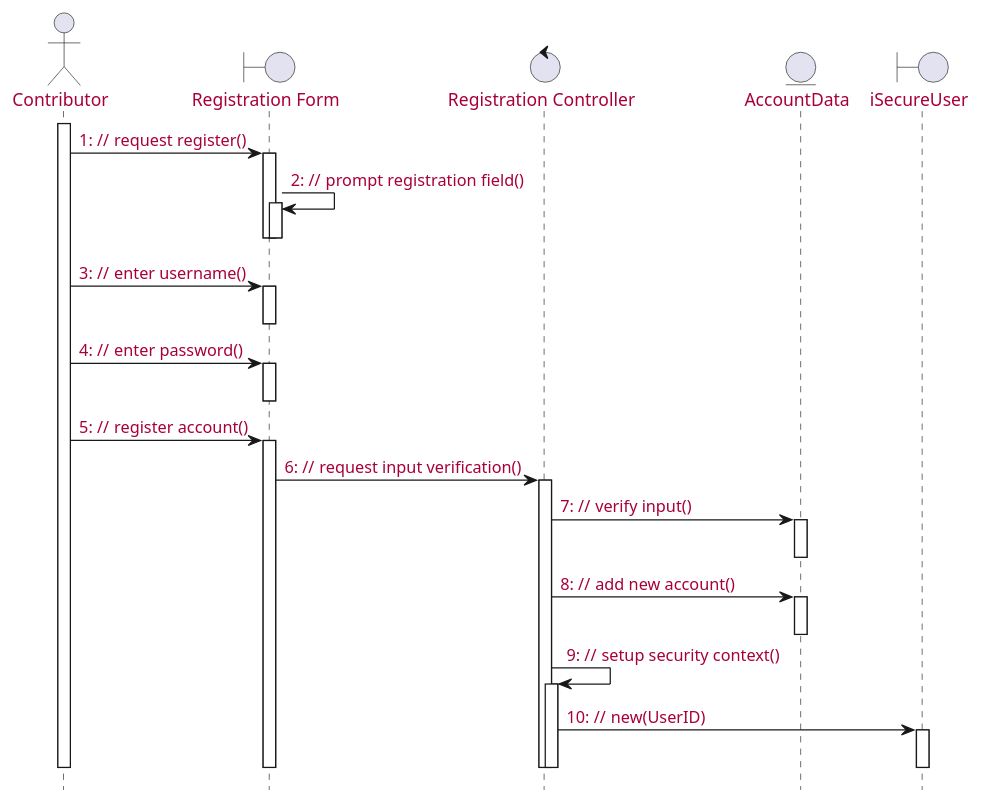
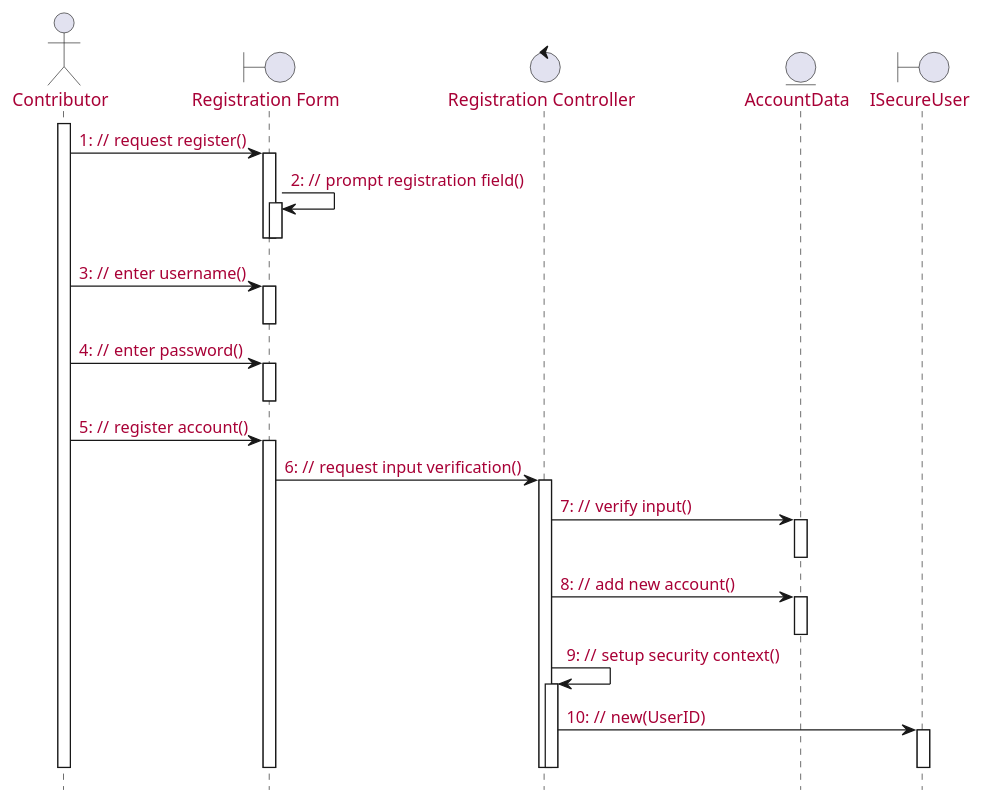
Before and after one commit to McSinyx/ipppi: the second of 6 diagrams in source/solution/use-case-design.rst, drawn with PlantUML. The commit also changed other lines of this file, not shown here.

```diff
--- a/source/solution/use-case-design.rst
+++ b/source/solution/use-case-design.rst
@@ -47,35 +47,35 @@
 .. uml::
 
    skinparam defaultFontColor #a80036
    autonumber "#: //"
    autoactivate on
    hide footbox
 
    actor Contributor
    boundary "Registration Form" as RF
    control "Registration Controller" as RC
    entity AccountData
-   boundary iSecureUser
+   boundary ISecureUser
 
    activate Contributor
    Contributor -> RF : request register()
    RF -> RF : prompt registration field()
    deactivate RF
    deactivate RF
    Contributor -> RF : enter username()
    deactivate RF
    Contributor -> RF : enter password()
    deactivate RF
    Contributor -> RF : register account()
    RF -> RC : request input verification()
    RC -> AccountData : verify input()
    deactivate AccountData
    RC -> AccountData : add new account()
    deactivate AccountData   
    RC -> RC : setup security context()
-   RC -> iSecureUser : new(UserID)
-   deactivate iSecureUser
+   RC -> ISecureUser : new(UserID)
+   deactivate ISecureUser
    deactivate RC
    deactivate RC   
    deactivate RF
    deactivate Contributor
```
